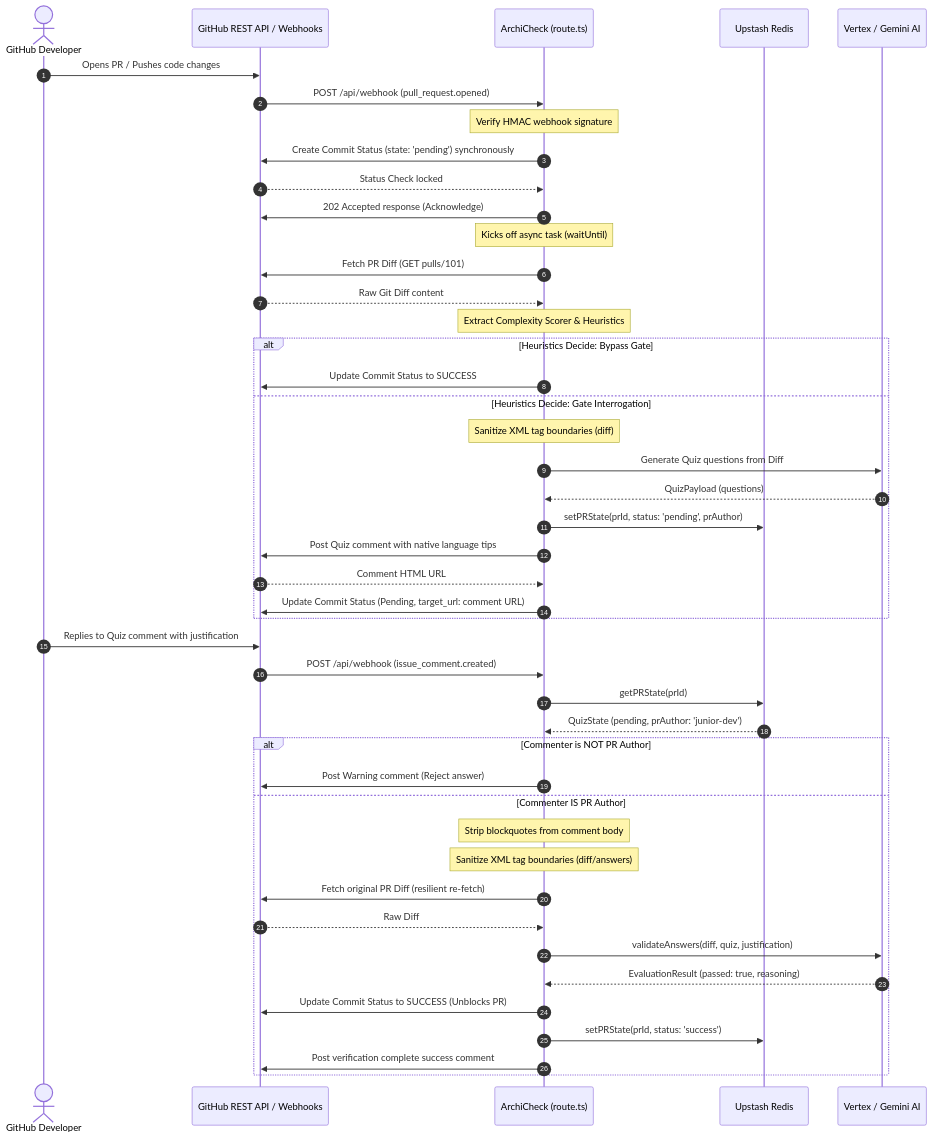
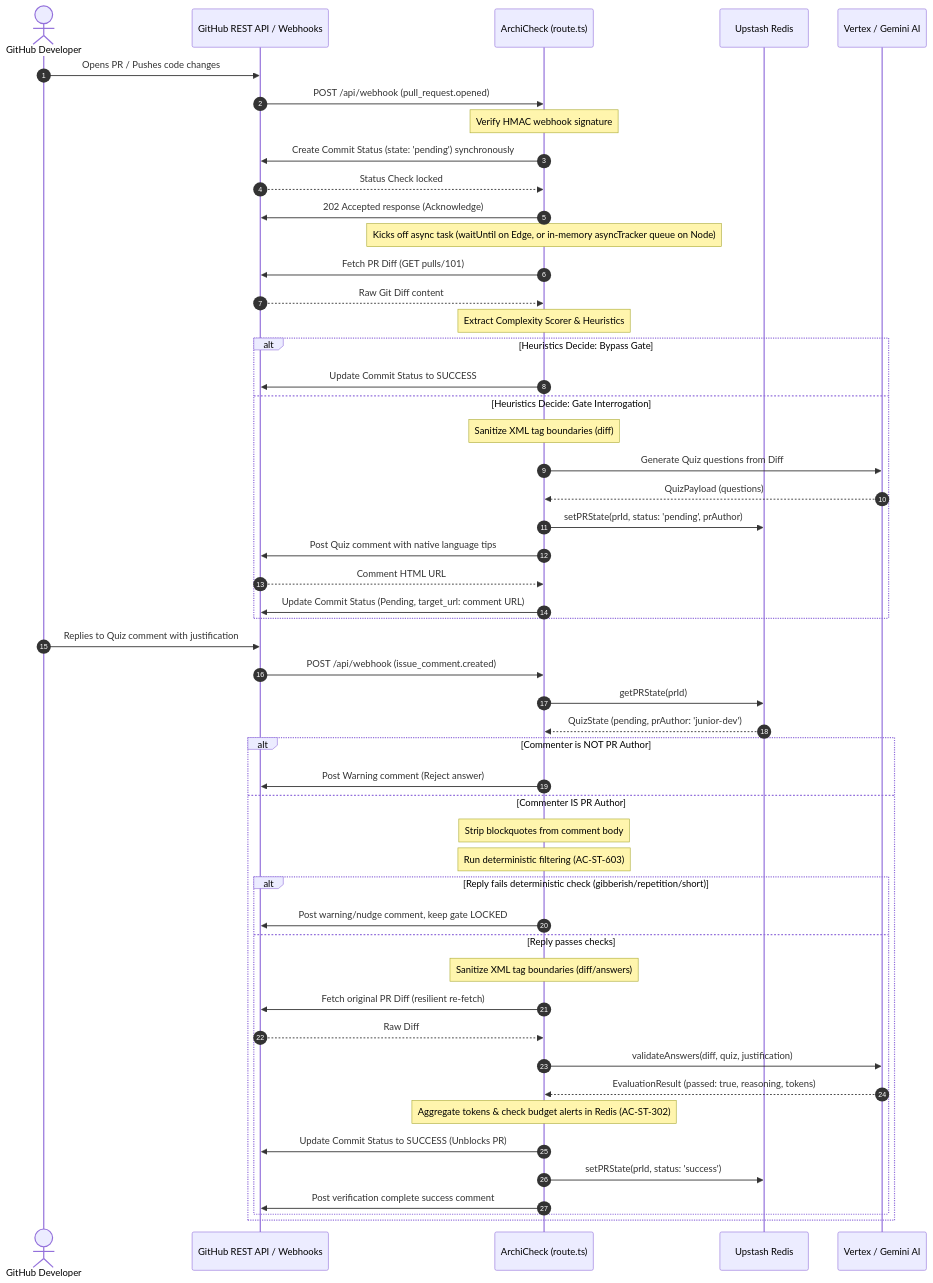
One commit to tinhct/archi-check changed the first of 2 diagrams in docs/Architecture/Sequence_Diagram.md. Above: the diagram before and after it, drawn with Mermaid. The commit also changed other lines of this file and 6 other files, not shown here.

````diff
--- a/docs/Architecture/Sequence_Diagram.md
+++ b/docs/Architecture/Sequence_Diagram.md
@@ -7,52 +7,58 @@
 ```mermaid
 sequenceDiagram
     autonumber
     actor Dev as GitHub Developer
     participant GH as GitHub REST API / Webhooks
     participant Edge as ArchiCheck (route.ts)
     participant Redis as Upstash Redis
     participant LLM as Vertex / Gemini AI
 
     Dev->>GH: Opens PR / Pushes code changes
     GH->>Edge: POST /api/webhook (pull_request.opened)
     Note over Edge: Verify HMAC webhook signature
     Edge->>GH: Create Commit Status (state: 'pending') synchronously
     GH-->>Edge: Status Check locked
     Edge->>GH: 202 Accepted response (Acknowledge)
     
-    Note over Edge: Kicks off async task (waitUntil)
+    Note over Edge: Kicks off async task (waitUntil on Edge, or in-memory asyncTracker queue on Node)
     Edge->>GH: Fetch PR Diff (GET pulls/101)
     GH-->>Edge: Raw Git Diff content
     Note over Edge: Extract Complexity Scorer & Heuristics
     
     alt Heuristics Decide: Bypass Gate
         Edge->>GH: Update Commit Status to SUCCESS
     else Heuristics Decide: Gate Interrogation
         Note over Edge: Sanitize XML tag boundaries (diff)
         Edge->>LLM: Generate Quiz questions from Diff
         LLM-->>Edge: QuizPayload (questions)
         Edge->>Redis: setPRState(prId, status: 'pending', prAuthor)
         Edge->>GH: Post Quiz comment with native language tips
         GH-->>Edge: Comment HTML URL
         Edge->>GH: Update Commit Status (Pending, target_url: comment URL)
     end
     
     Dev->>GH: Replies to Quiz comment with justification
     GH->>Edge: POST /api/webhook (issue_comment.created)
     Edge->>Redis: getPRState(prId)
     Redis-->>Edge: QuizState (pending, prAuthor: 'junior-dev')
     
     alt Commenter is NOT PR Author
         Edge->>GH: Post Warning comment (Reject answer)
     else Commenter IS PR Author
         Note over Edge: Strip blockquotes from comment body
-        Note over Edge: Sanitize XML tag boundaries (diff/answers)
-        Edge->>GH: Fetch original PR Diff (resilient re-fetch)
-        GH-->>Edge: Raw Diff
-        Edge->>LLM: validateAnswers(diff, quiz, justification)
-        LLM-->>Edge: EvaluationResult (passed: true, reasoning)
-        Edge->>GH: Update Commit Status to SUCCESS (Unblocks PR)
-        Edge->>Redis: setPRState(prId, status: 'success')
-        Edge->>GH: Post verification complete success comment
+        Note over Edge: Run deterministic filtering (AC-ST-603)
+        alt Reply fails deterministic check (gibberish/repetition/short)
+            Edge->>GH: Post warning/nudge comment, keep gate LOCKED
+        else Reply passes checks
+            Note over Edge: Sanitize XML tag boundaries (diff/answers)
+            Edge->>GH: Fetch original PR Diff (resilient re-fetch)
+            GH-->>Edge: Raw Diff
+            Edge->>LLM: validateAnswers(diff, quiz, justification)
+            LLM-->>Edge: EvaluationResult (passed: true, reasoning, tokens)
+            Note over Edge: Aggregate tokens & check budget alerts in Redis (AC-ST-302)
+            Edge->>GH: Update Commit Status to SUCCESS (Unblocks PR)
+            Edge->>Redis: setPRState(prId, status: 'success')
+            Edge->>GH: Post verification complete success comment
+        end
     end
 ```
````
